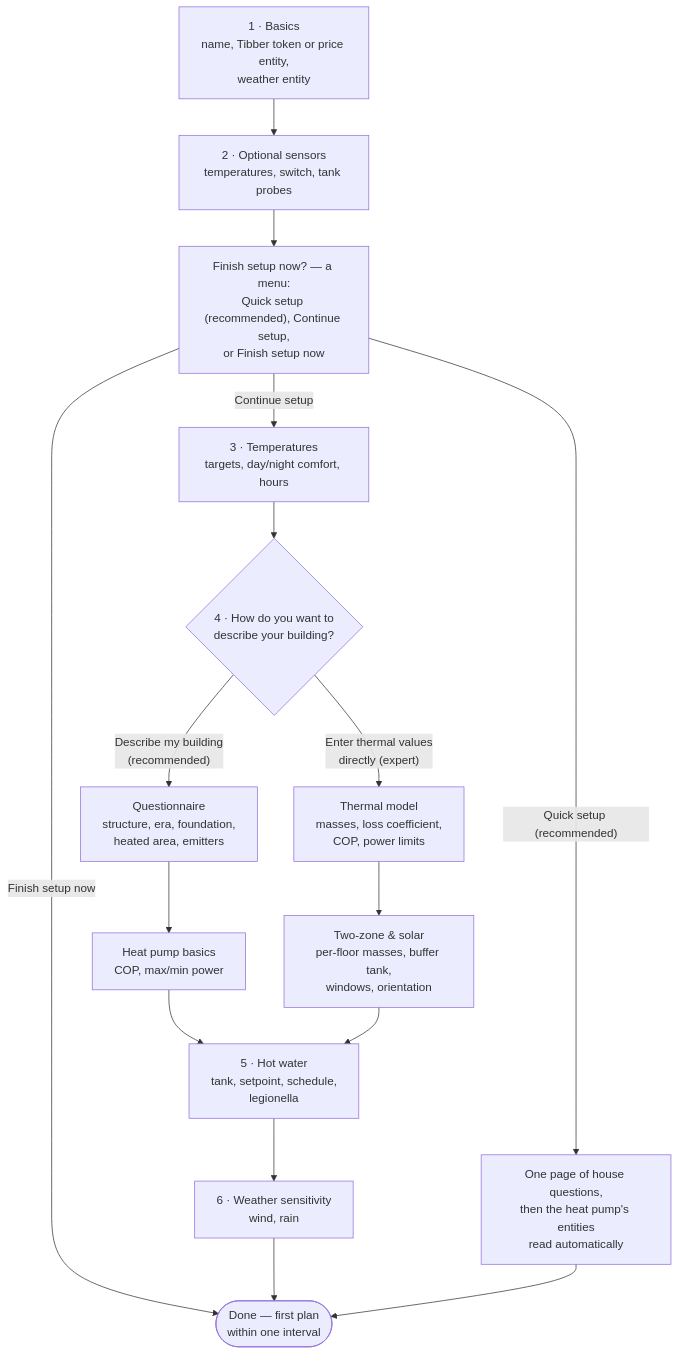
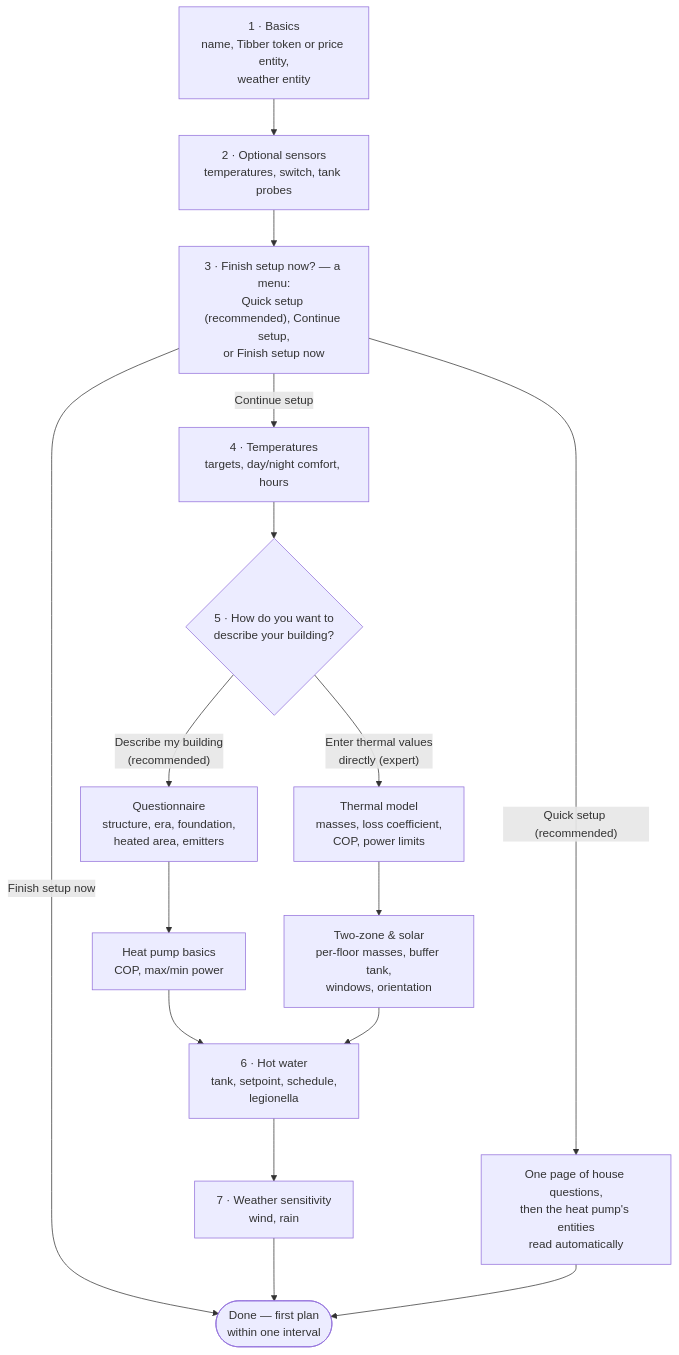
Before and after one commit to tvofi/heatpump_optimizer: the second of 3 diagrams in README.md, drawn with Mermaid. The commit also changed other lines of this file and 2 other files, not shown here.

````diff
--- a/README.md
+++ b/README.md
@@ -330,18 +330,18 @@
 ```mermaid
 flowchart TD
     A["1 · Basics<br/>name, Tibber token or price entity,<br/>weather entity"] --> B["2 · Optional sensors<br/>temperatures, switch, tank probes"]
-    B --> M["Finish setup now? — a menu:<br/>Quick setup (recommended), Continue setup,<br/>or Finish setup now"]
+    B --> M["3 · Finish setup now? — a menu:<br/>Quick setup (recommended), Continue setup,<br/>or Finish setup now"]
     M -- "Quick setup (recommended)" --> Q["One page of house questions,<br/>then the heat pump's entities<br/>read automatically"]
     M -- "Finish setup now" --> J(["Done — first plan<br/>within one interval"])
-    M -- "Continue setup" --> C["3 · Temperatures<br/>targets, day/night comfort, hours"]
-    C --> D{"4 · How do you want to<br/>describe your building?"}
+    M -- "Continue setup" --> C["4 · Temperatures<br/>targets, day/night comfort, hours"]
+    C --> D{"5 · How do you want to<br/>describe your building?"}
     D -- "Describe my building<br/>(recommended)" --> E["Questionnaire<br/>structure, era, foundation,<br/>heated area, emitters"]
     E --> F["Heat pump basics<br/>COP, max/min power"]
     D -- "Enter thermal values<br/>directly (expert)" --> G["Thermal model<br/>masses, loss coefficient,<br/>COP, power limits"]
     G --> H["Two-zone & solar<br/>per-floor masses, buffer tank,<br/>windows, orientation"]
-    F --> I["5 · Hot water<br/>tank, setpoint, schedule,<br/>legionella"]
+    F --> I["6 · Hot water<br/>tank, setpoint, schedule,<br/>legionella"]
     H --> I
-    I --> K["6 · Weather sensitivity<br/>wind, rain"]
+    I --> K["7 · Weather sensitivity<br/>wind, rain"]
     K --> J
     Q --> J
 ```
````
